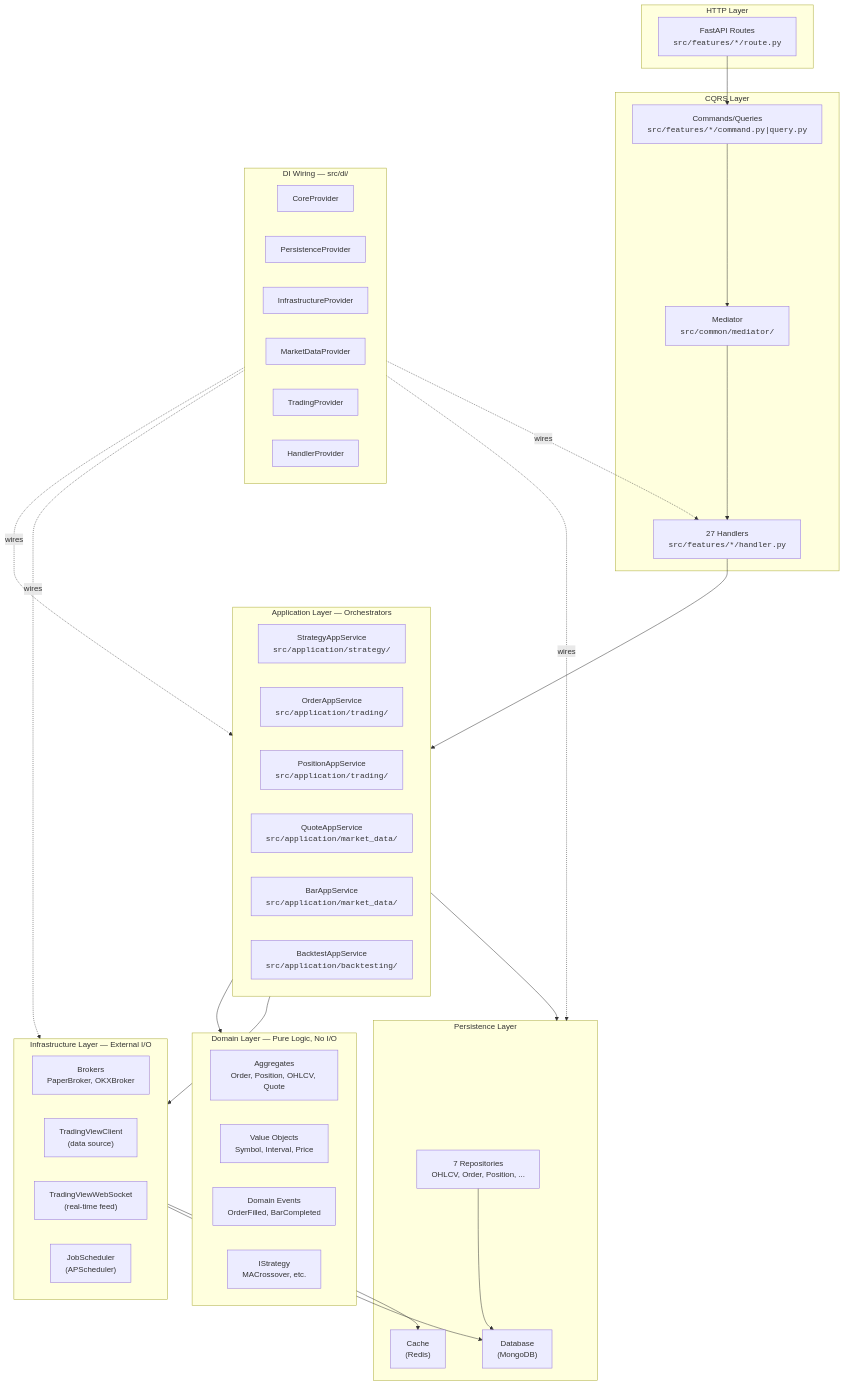
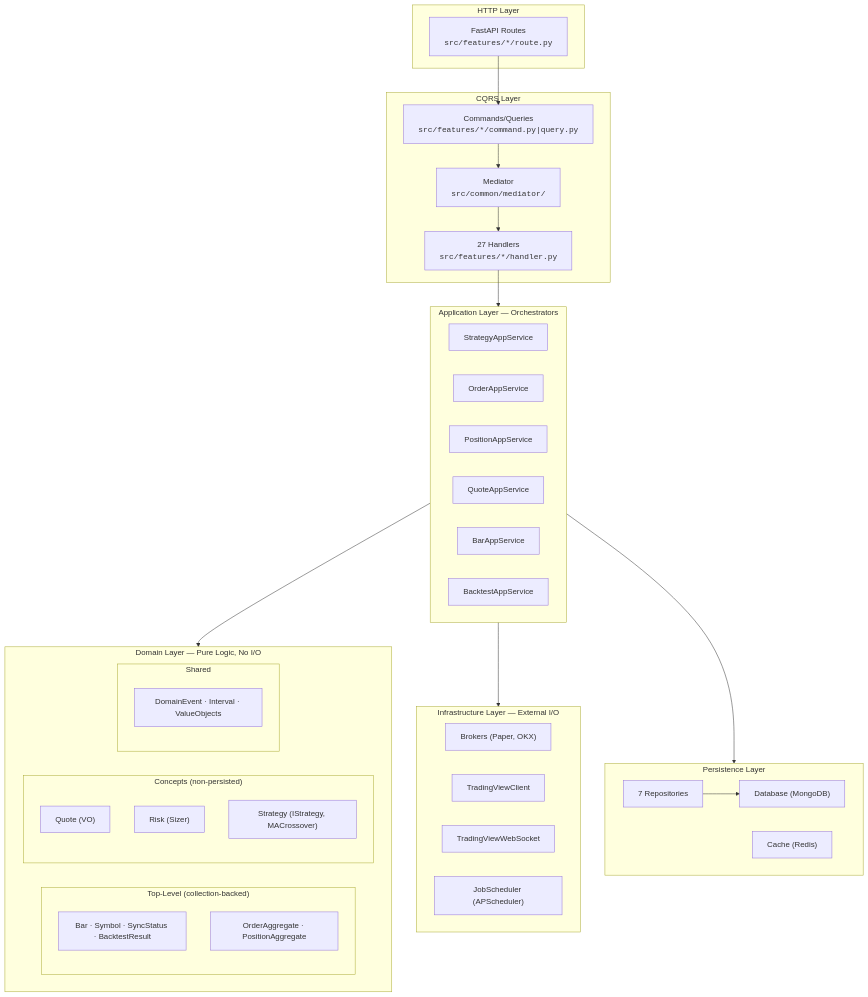
Before and after one commit to camping89/pocketquant: the first of 4 diagrams in docs/architecture-visual-map.md, drawn with Mermaid. The commit also changed other lines of this file and 214 other files, not shown here.

````diff
--- a/docs/architecture-visual-map.md
+++ b/docs/architecture-visual-map.md
@@ -7,64 +109,56 @@
 ```mermaid
 graph TB
     subgraph HTTP["HTTP Layer"]
         Routes["FastAPI Routes<br/><code>src/features/*/route.py</code>"]
     end
 
     subgraph CQRS["CQRS Layer"]
         Commands["Commands/Queries<br/><code>src/features/*/command.py|query.py</code>"]
-        Mediator["Mediator<br/><code>src/common/mediator/</code>"]
+        Med["Mediator<br/><code>src/common/mediator/</code>"]
         Handlers["27 Handlers<br/><code>src/features/*/handler.py</code>"]
     end
 
     subgraph APP["Application Layer — Orchestrators"]
-        StrategyAppService["StrategyAppService<br/><code>src/application/strategy/</code>"]
-        OrderAppService["OrderAppService<br/><code>src/application/trading/</code>"]
-        PositionAppService["PositionAppService<br/><code>src/application/trading/</code>"]
-        QuoteAppService["QuoteAppService<br/><code>src/application/market_data/</code>"]
-        BarAppService["BarAppService<br/><code>src/application/market_data/</code>"]
-        BacktestAppService["BacktestAppService<br/><code>src/application/backtesting/</code>"]
+        StrategyAppService["StrategyAppService"]
+        OrderAppService["OrderAppService"]
+        PositionAppService["PositionAppService"]
+        QuoteAppService["QuoteAppService"]
+        BarAppService["BarAppService"]
+        BacktestAppService["BacktestAppService"]
     end
 
     subgraph DOMAIN["Domain Layer — Pure Logic, No I/O"]
-        Aggregates["Aggregates<br/>Order, Position, OHLCV, Quote"]
-        ValueObjects["Value Objects<br/>Symbol, Interval, Price"]
-        DomainEvents["Domain Events<br/>OrderFilled, BarCompleted"]
-        Strategies["IStrategy<br/>MACrossover, etc."]
+        subgraph TOPLEVEL["Top-Level (collection-backed)"]
+            BarEnt["Bar · Symbol · SyncStatus · BacktestResult"]
+            Aggregates["OrderAggregate · PositionAggregate"]
+        end
+        subgraph CONCEPTS["Concepts (non-persisted)"]
+            QuoteVO["Quote (VO)"]
+            RiskSvc["Risk (Sizer)"]
+            StrategySvc["Strategy (IStrategy, MACrossover)"]
+        end
+        subgraph SHARED["Shared"]
+            SharedBase["DomainEvent · Interval · ValueObjects"]
+        end
     end
 
     subgraph INFRA["Infrastructure Layer — External I/O"]
-        Brokers["Brokers<br/>PaperBroker, OKXBroker"]
-        TVClient["TradingViewClient<br/>(data source)"]
-        TVWebSocket["TradingViewWebSocket<br/>(real-time feed)"]
-        Scheduler["JobScheduler<br/>(APScheduler)"]
+        Brokers["Brokers (Paper, OKX)"]
+        TVClient["TradingViewClient"]
+        TVWebSocket["TradingViewWebSocket"]
+        Scheduler["JobScheduler (APScheduler)"]
     end
 
     subgraph PERSIST["Persistence Layer"]
-        DB["Database<br/>(MongoDB)"]
-        Cache["Cache<br/>(Redis)"]
-        Repos["7 Repositories<br/>OHLCV, Order, Position, ..."]
+        DB["Database (MongoDB)"]
+        Cache["Cache (Redis)"]
+        Repos["7 Repositories"]
     end
 
-    subgraph DI["DI Wiring — src/di/"]
-        CoreP["CoreProvider"]
-        PersistP["PersistenceProvider"]
-        InfraP["InfrastructureProvider"]
-        MktP["MarketDataProvider"]
-        TradingP["TradingProvider"]
-        HandlerP["HandlerProvider"]
-    end
-
-    Routes --> Commands --> Mediator --> Handlers
+    Routes --> Commands --> Med --> Handlers
     Handlers --> APP
     APP --> DOMAIN
     APP --> INFRA
     APP --> PERSIST
-    INFRA --> DB
-    INFRA --> Cache
     Repos --> DB
-
-    DI -.->|"wires"| APP
-    DI -.->|"wires"| INFRA
-    DI -.->|"wires"| PERSIST
-    DI -.->|"wires"| Handlers
 ```
````
